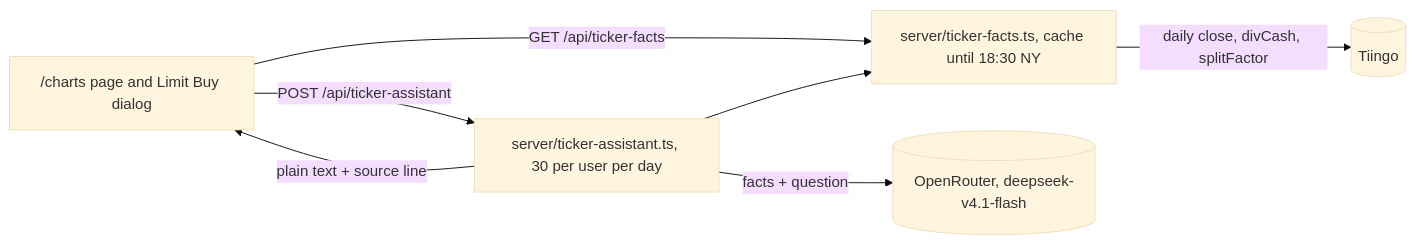
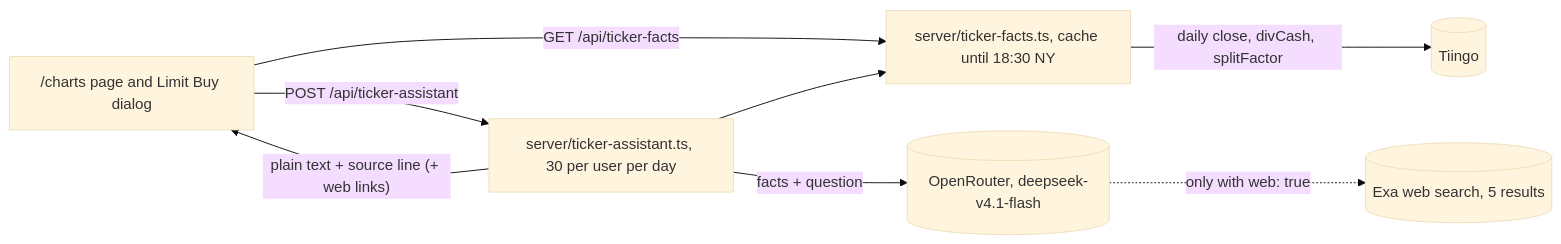
Before and after one commit to ryanportfolio/KineFractal: the second of 2 diagrams in .claude/reference/architecture.md, drawn with Mermaid (base theme). The commit also changed other lines of this file and 7 other files, not shown here.

First line of the commit message:
Add an opt-in web search checkbox to the ticker assistant (#49)

````diff
--- a/.claude/reference/architecture.md
+++ b/.claude/reference/architecture.md
@@ -21,9 +21,10 @@
 ```mermaid
 flowchart LR
   page["/charts page and Limit Buy dialog"] -->|"GET /api/ticker-facts"| facts["server/ticker-facts.ts, cache until 18:30 NY"]
   facts -->|"daily close, divCash, splitFactor"| tiingo[("Tiingo")]
   page -->|"POST /api/ticker-assistant"| assist["server/ticker-assistant.ts, 30 per user per day"]
   assist --> facts
   assist -->|"facts + question"| openrouter[("OpenRouter, deepseek-v4.1-flash")]
-  assist -->|"plain text + source line"| page
+  openrouter -.->|"only with web: true"| exa[("Exa web search, 5 results")]
+  assist -->|"plain text + source line (+ web links)"| page
 ```
````
